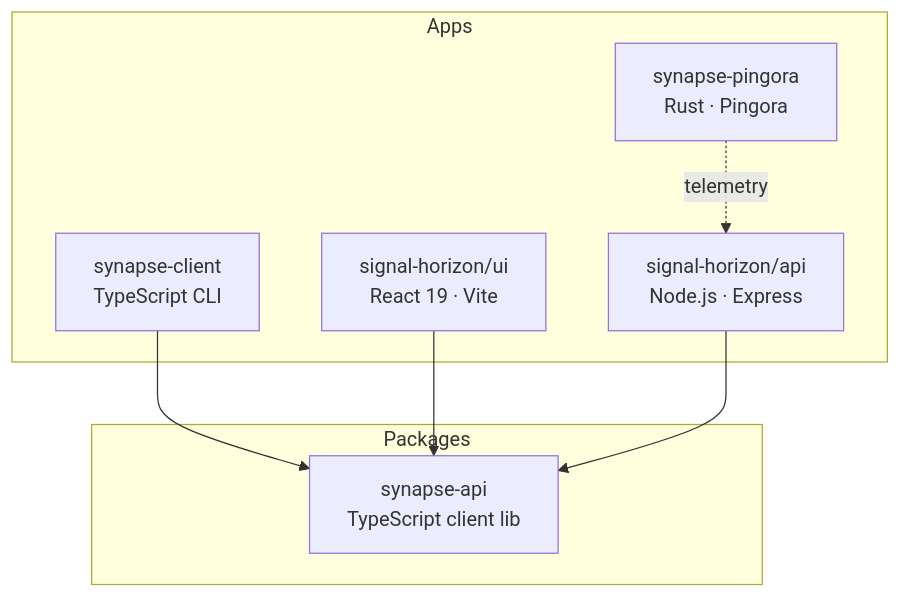
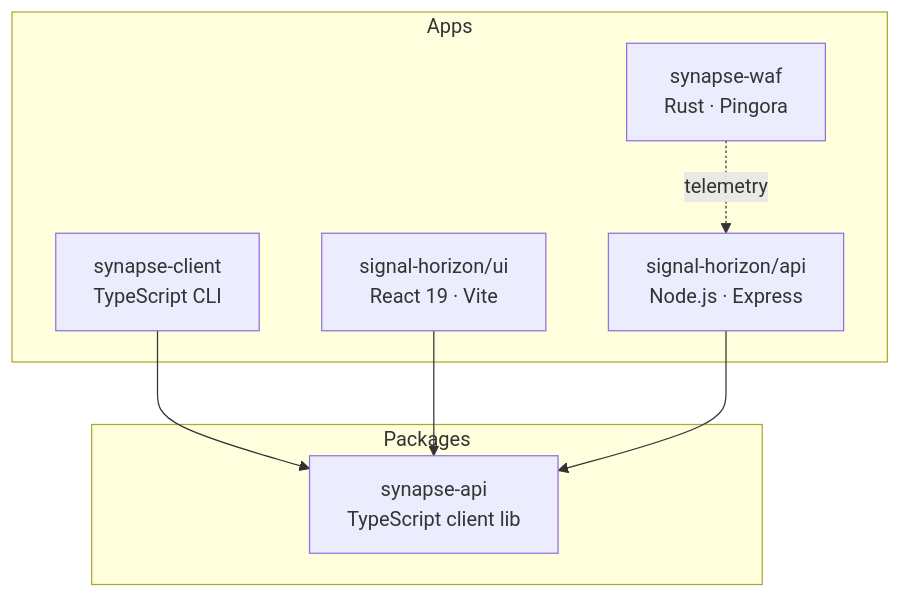
Before and after one commit to atlas-crew/horizon-security-platform: the diagram in site/development/index.md, drawn with Mermaid. The commit also changed 64 other files, not shown here.

First line of the commit message:
refactor: rename Synapse Pingora to Synapse WAF across codebase

````diff
--- a/site/development/index.md
+++ b/site/development/index.md
@@ -11,18 +11,18 @@
 ```mermaid
 graph TD
     subgraph Apps
         API["signal-horizon/api<br/>Node.js · Express"]
         UI["signal-horizon/ui<br/>React 19 · Vite"]
-        SP["synapse-pingora<br/>Rust · Pingora"]
+        SP["synapse-waf<br/>Rust · Pingora"]
         SC["synapse-client<br/>TypeScript CLI"]
     end
 
     subgraph Packages
         SA["synapse-api<br/>TypeScript client lib"]
     end
 
     SC --> SA
     UI --> SA
     API --> SA
     SP -.->|"telemetry"| API
 ```
````
